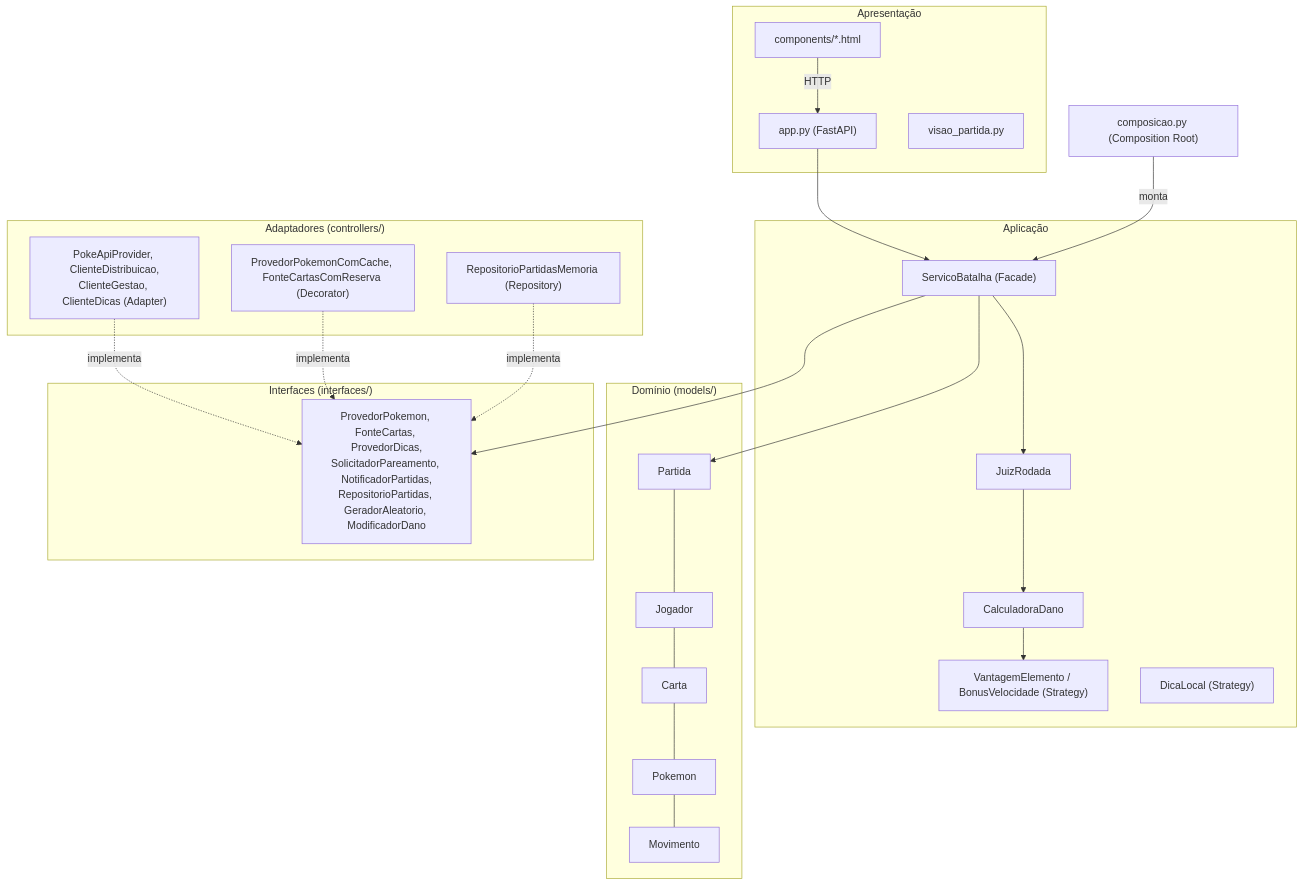
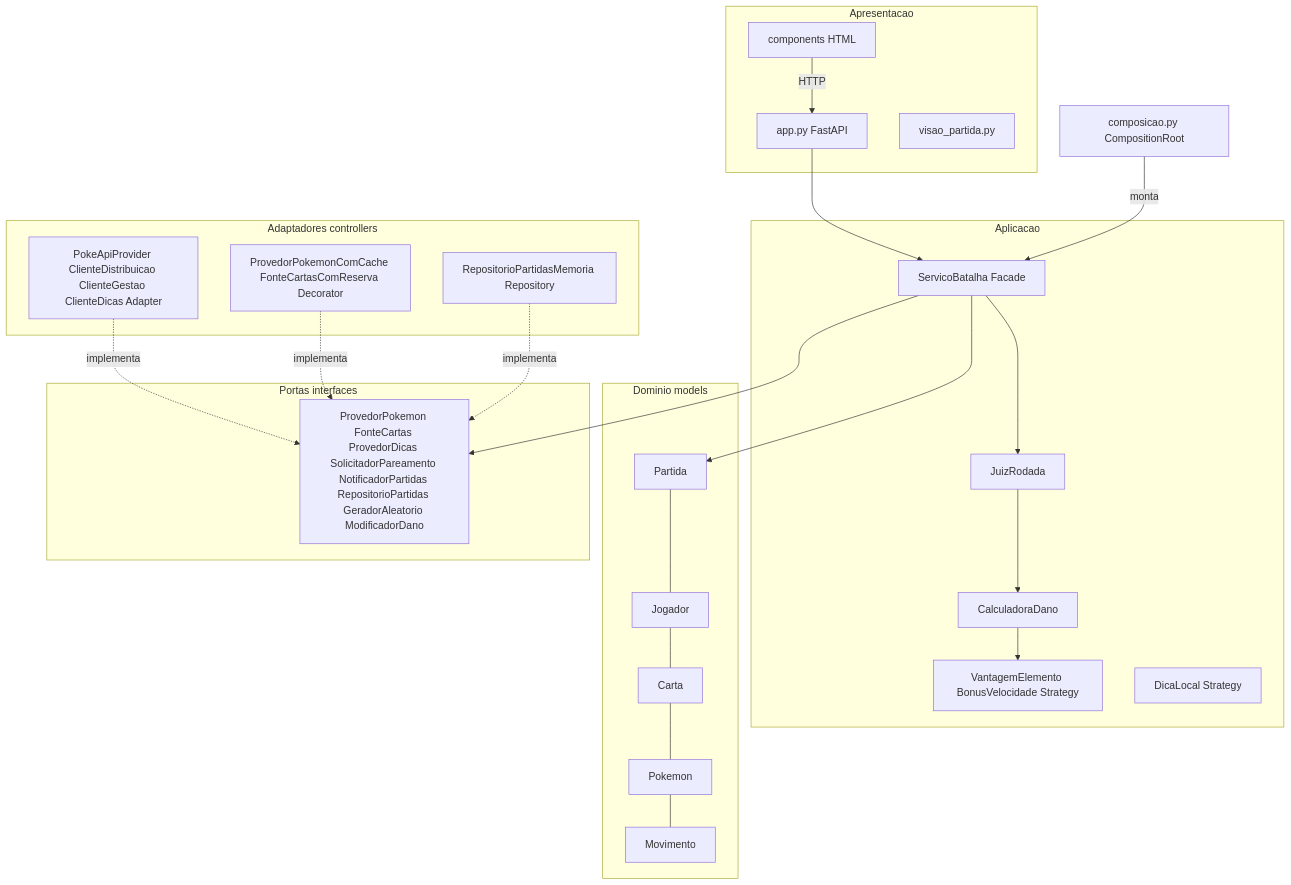
Before and after one commit to S03-2026-2/S03_Batalha: the diagram in docs/05-padroes-de-projeto.md, drawn with Mermaid. The commit also changed other lines of this file and 8 other files, not shown here.

````diff
--- a/docs/05-padroes-de-projeto.md
+++ b/docs/05-padroes-de-projeto.md
@@ -9,36 +9,36 @@
 ```mermaid
 flowchart TB
-    subgraph Apresentacao["Apresentação"]
-        APP["app.py (FastAPI)"]
+    subgraph Apresentacao["Apresentacao"]
+        APP["app.py FastAPI"]
         VISAO["visao_partida.py"]
-        TELAS["components/*.html"]
+        TELAS["components HTML"]
     end
-    subgraph Aplicacao["Aplicação"]
-        SB["ServicoBatalha (Facade)"]
+    subgraph Aplicacao["Aplicacao"]
+        SB["ServicoBatalha Facade"]
         JR["JuizRodada"]
         CD["CalculadoraDano"]
-        MOD["VantagemElemento / BonusVelocidade (Strategy)"]
-        DL["DicaLocal (Strategy)"]
+        MOD["VantagemElemento BonusVelocidade Strategy"]
+        DL["DicaLocal Strategy"]
     end
-    subgraph Dominio["Domínio (models/)"]
+    subgraph Dominio["Dominio models"]
         P["Partida"] --- J["Jogador"] --- C["Carta"] --- PK["Pokemon"] --- M["Movimento"]
     end
-    subgraph Portas["Interfaces (interfaces/)"]
-        I["ProvedorPokemon, FonteCartas, ProvedorDicas,<br/>SolicitadorPareamento, NotificadorPartidas,<br/>RepositorioPartidas, GeradorAleatorio, ModificadorDano"]
+    subgraph Portas["Portas interfaces"]
+        I["ProvedorPokemon FonteCartas ProvedorDicas SolicitadorPareamento NotificadorPartidas RepositorioPartidas GeradorAleatorio ModificadorDano"]
     end
-    subgraph Infra["Adaptadores (controllers/)"]
-        A["PokeApiProvider, ClienteDistribuicao,<br/>ClienteGestao, ClienteDicas (Adapter)"]
-        D["ProvedorPokemonComCache, FonteCartasComReserva (Decorator)"]
-        R["RepositorioPartidasMemoria (Repository)"]
+    subgraph Infra["Adaptadores controllers"]
+        A["PokeApiProvider ClienteDistribuicao ClienteGestao ClienteDicas Adapter"]
+        D["ProvedorPokemonComCache FonteCartasComReserva Decorator"]
+        R["RepositorioPartidasMemoria Repository"]
     end
-    COMP["composicao.py (Composition Root)"]
+    COMP["composicao.py CompositionRoot"]
 
     TELAS -- HTTP --> APP --> SB
     SB --> JR --> CD --> MOD
     SB --> P
     SB --> I
     A -. implementa .-> I
     D -. implementa .-> I
     R -. implementa .-> I
     COMP -- monta --> SB
 ```
````
